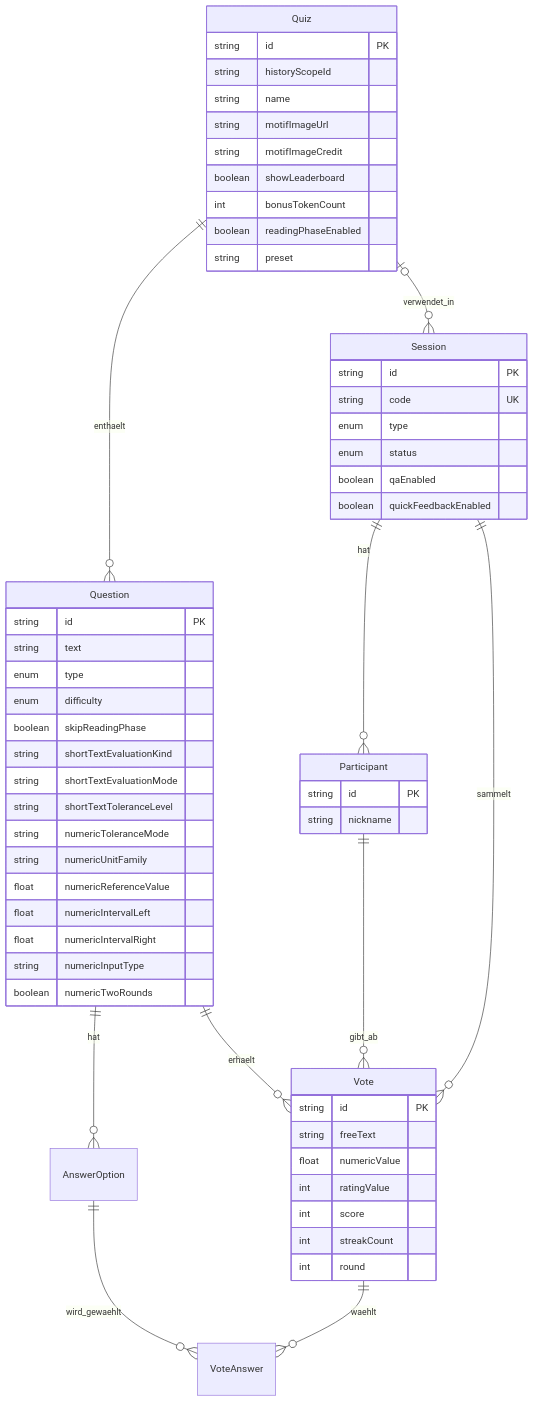
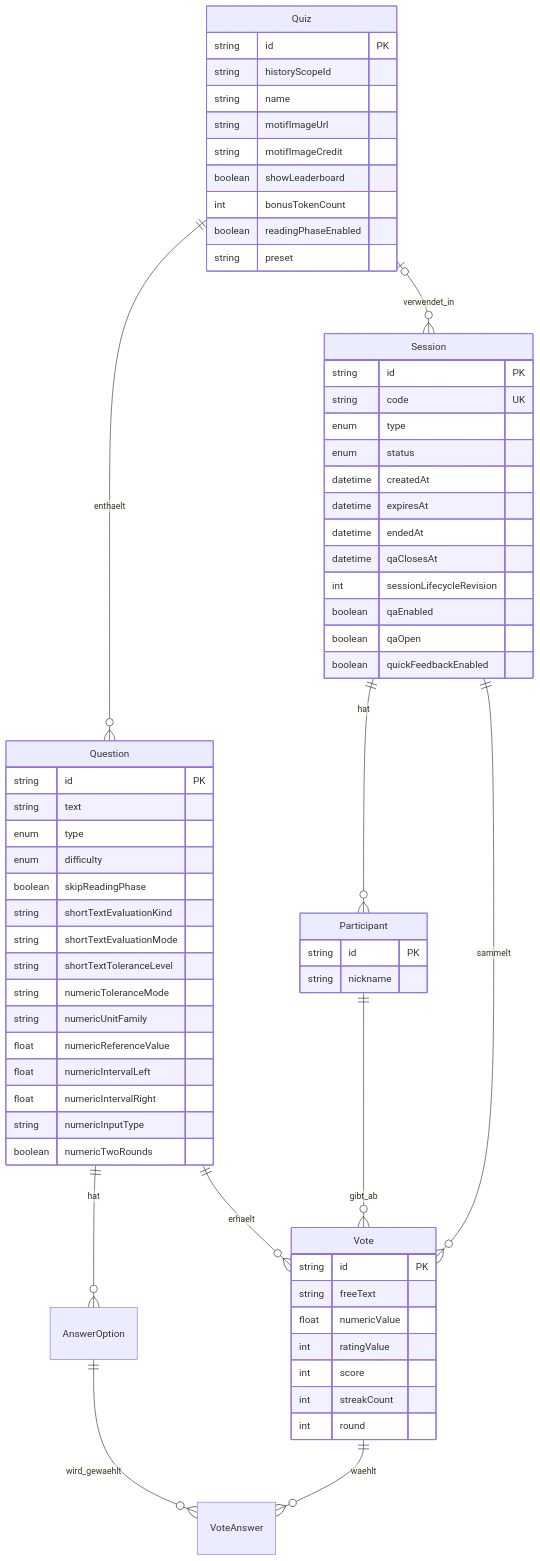
One commit to kqc-real/arsnova.eu changed the ninth of 15 diagrams in docs/diagrams/architecture-overview.md. Above: the diagram before and after it, drawn with Mermaid. The commit also changed other lines of this file and 31 other files, not shown here.

````diff
--- a/docs/diagrams/architecture-overview.md
+++ b/docs/diagrams/architecture-overview.md
@@ -450,63 +459,69 @@
 ```mermaid
 %%{init: {'flowchart': {'nodeSpacing': 46, 'rankSpacing': 70, 'padding': 14}}}%%
 erDiagram
     Quiz ||--o{ Question : enthaelt
     Quiz |o--o{ Session : verwendet_in
     Question ||--o{ AnswerOption : hat
     Question ||--o{ Vote : erhaelt
     Session ||--o{ Participant : hat
     Session ||--o{ Vote : sammelt
     Participant ||--o{ Vote : gibt_ab
     Vote ||--o{ VoteAnswer : waehlt
     AnswerOption ||--o{ VoteAnswer : wird_gewaehlt
 
     Quiz {
         string id PK
         string historyScopeId
         string name
         string motifImageUrl
         string motifImageCredit
         boolean showLeaderboard
         int bonusTokenCount
         boolean readingPhaseEnabled
         string preset
     }
     Question {
         string id PK
         string text
         enum type
         enum difficulty
         boolean skipReadingPhase
         string shortTextEvaluationKind
         string shortTextEvaluationMode
         string shortTextToleranceLevel
         string numericToleranceMode
         string numericUnitFamily
         float numericReferenceValue
         float numericIntervalLeft
         float numericIntervalRight
         string numericInputType
         boolean numericTwoRounds
     }
     Session {
         string id PK
         string code UK
         enum type
         enum status
+        datetime createdAt
+        datetime expiresAt
+        datetime endedAt
+        datetime qaClosesAt
+        int sessionLifecycleRevision
         boolean qaEnabled
+        boolean qaOpen
         boolean quickFeedbackEnabled
     }
     Participant {
         string id PK
         string nickname
     }
     Vote {
         string id PK
         string freeText
         float numericValue
         int ratingValue
         int score
         int streakCount
         int round
     }
 ```
````
